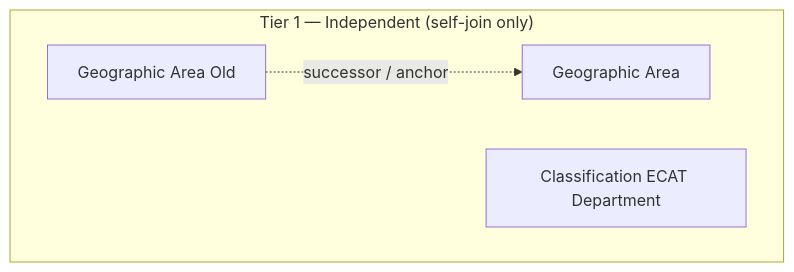
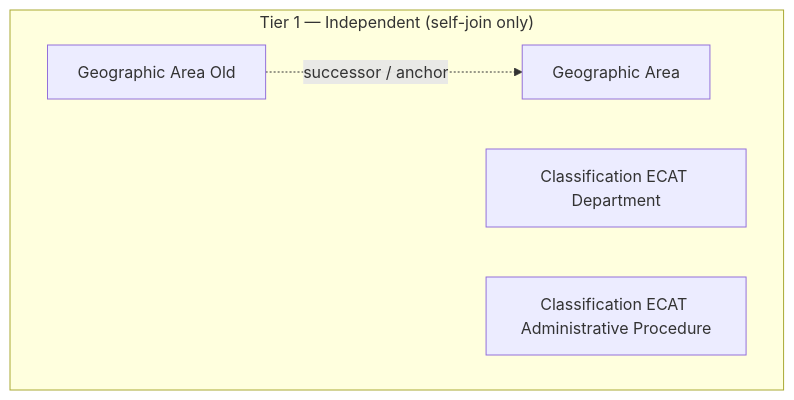
One commit to linhlvit/ubck_atomic_design changed the first of 2 diagrams in DataModel/working/Atomic/hld/ECAT_HLD_Overview.md. Above: the diagram before and after it, drawn with Mermaid. The commit also changed other lines of this file and 12 other files, not shown here.

````diff
--- a/DataModel/working/Atomic/hld/ECAT_HLD_Overview.md
+++ b/DataModel/working/Atomic/hld/ECAT_HLD_Overview.md
@@ -24,10 +25,11 @@
 ```mermaid
 graph TD
     subgraph T1["Tier 1 — Independent (self-join only)"]
         GA["Geographic Area"]
         GAO["Geographic Area Old"]
         CLD["Classification ECAT Department"]
+        CLAP["Classification ECAT Administrative Procedure"]
     end
 
     GAO -.successor / anchor.-> GA
 ```
````
